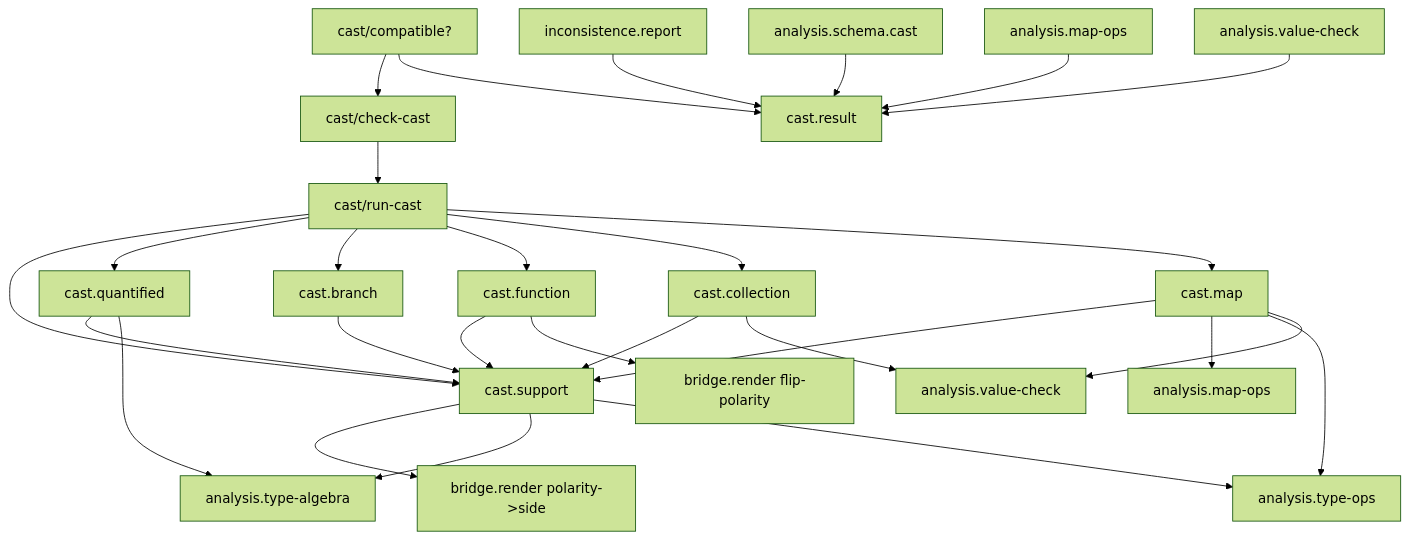
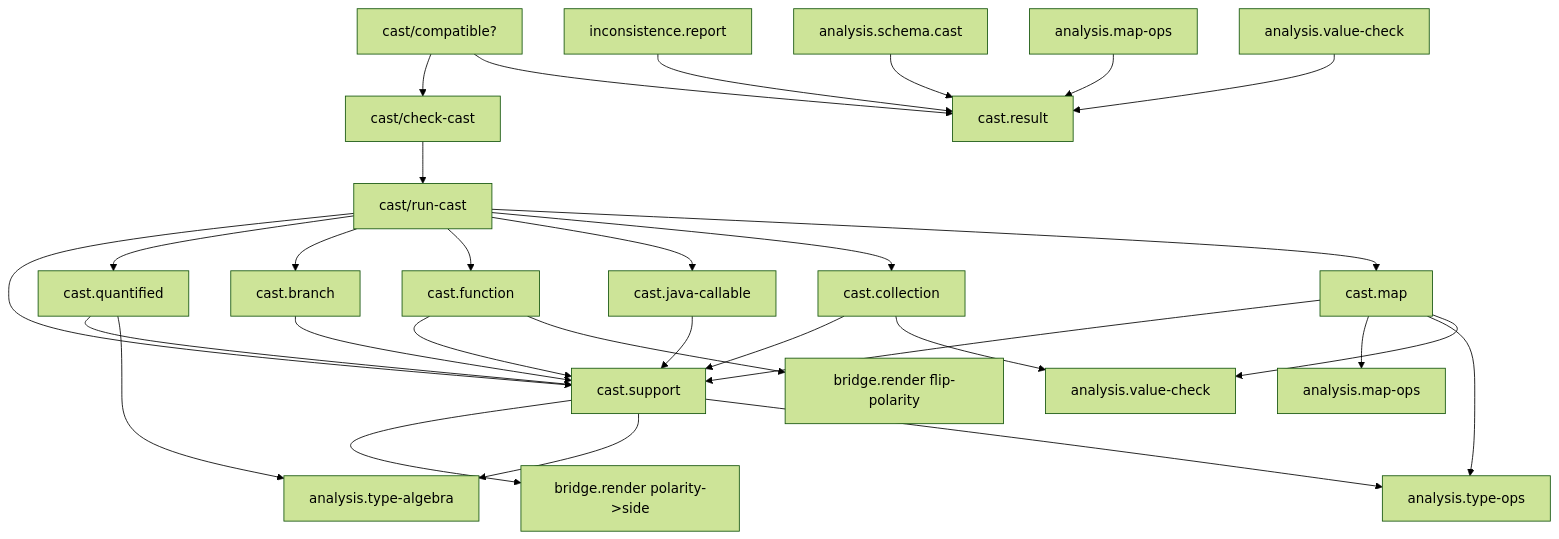
One commit to nomicflux/skeptic changed the diagram in skeptic/docs/cast-function-map.md. Above: the diagram before and after it, drawn with Mermaid (forest theme). The commit also changed other lines of this file and 8 other files, not shown here.

````diff
--- a/skeptic/docs/cast-function-map.md
+++ b/skeptic/docs/cast-function-map.md
@@ -45,37 +50,40 @@
 ```mermaid
 flowchart TD
   CC["cast/check-cast"] --> RC["cast/run-cast"]
   RC --> SUP["cast.support"]
   RC --> Q["cast.quantified"]
   RC --> B["cast.branch"]
   RC --> F["cast.function"]
+  RC --> JC["cast.java-callable"]
   RC --> C["cast.collection"]
   RC --> M["cast.map"]
   COMP["cast/compatible?"] --> CC
   COMP --> R["cast.result"]
 
   Q --> SUP
   Q --> TA["analysis.type-algebra"]
 
   B --> SUP
 
   F --> SUP
   F --> BR["bridge.render flip-polarity"]
+
+  JC --> SUP
 
   C --> SUP
   C --> VC["analysis.value-check"]
 
   M --> SUP
   M --> MO["analysis.map-ops"]
   M --> TO["analysis.type-ops"]
   M --> VC
 
   SUP --> BR2["bridge.render polarity->side"]
   SUP --> TA
   SUP --> TO
 
   REP["inconsistence.report"] --> R
   SC["analysis.schema.cast"] --> R
   MO2["analysis.map-ops"] --> R
   VC2["analysis.value-check"] --> R
 ```
````
